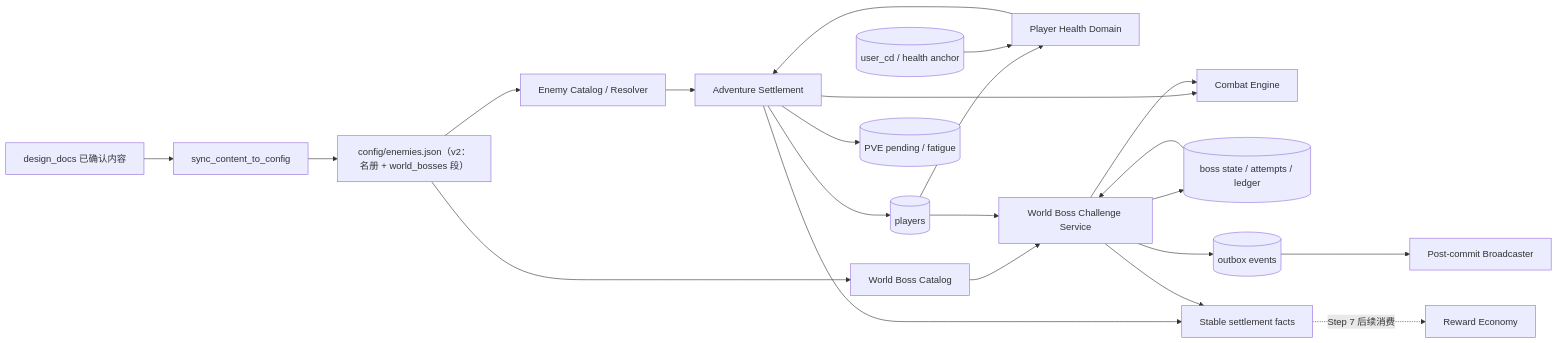
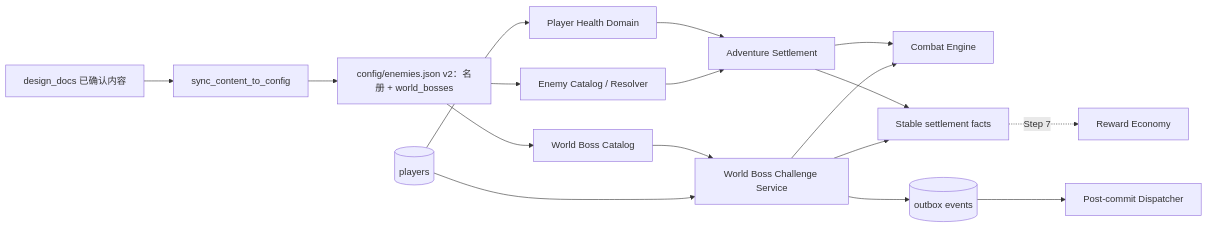
One commit to fanjinchi/astrbot_plugin_monixiuxian2_2 changed the diagram in .trellis/tasks/10-10-pve-enemy-world-boss-redesign/design.md. Above: the diagram before and after it, drawn with Mermaid. The commit also changed other lines of this file and 12 other files, not shown here.

````diff
--- a/.trellis/tasks/10-10-pve-enemy-world-boss-redesign/design.md
+++ b/.trellis/tasks/10-10-pve-enemy-world-boss-redesign/design.md
@@ -17,27 +9,19 @@
 ```mermaid
 flowchart LR
     D[design_docs 已确认内容] --> S[sync_content_to_config]
-    S --> C1[config/enemies.json（v2：名册 + world_bosses 段）]
+    S --> C1[config/enemies.json v2：名册 + world_bosses]
     C1 --> ER[Enemy Catalog / Resolver]
     C1 --> BR[World Boss Catalog]
-
     PDB[(players)] --> HP[Player Health Domain]
-    CD[(user_cd / health anchor)] --> HP
     HP --> ADV[Adventure Settlement]
     ER --> ADV
     ADV --> CS[Combat Engine]
-    ADV --> PDB
-    ADV --> PS[(PVE pending / fatigue)]
-
     BR --> BS[World Boss Challenge Service]
     PDB --> BS
-    BDB[(boss state / attempts / ledger)] --> BS
     BS --> CS
-    BS --> BDB
     BS --> OE[(outbox events)]
-    OE --> BW[Post-commit Broadcaster]
-
+    OE --> BW[Post-commit Dispatcher]
     ADV --> RF[Stable settlement facts]
     BS --> RF
-    RF -. Step 7 后续消费 .-> RE[Reward Economy]
+    RF -. Step 7 .-> RE[Reward Economy]
 ```
````
